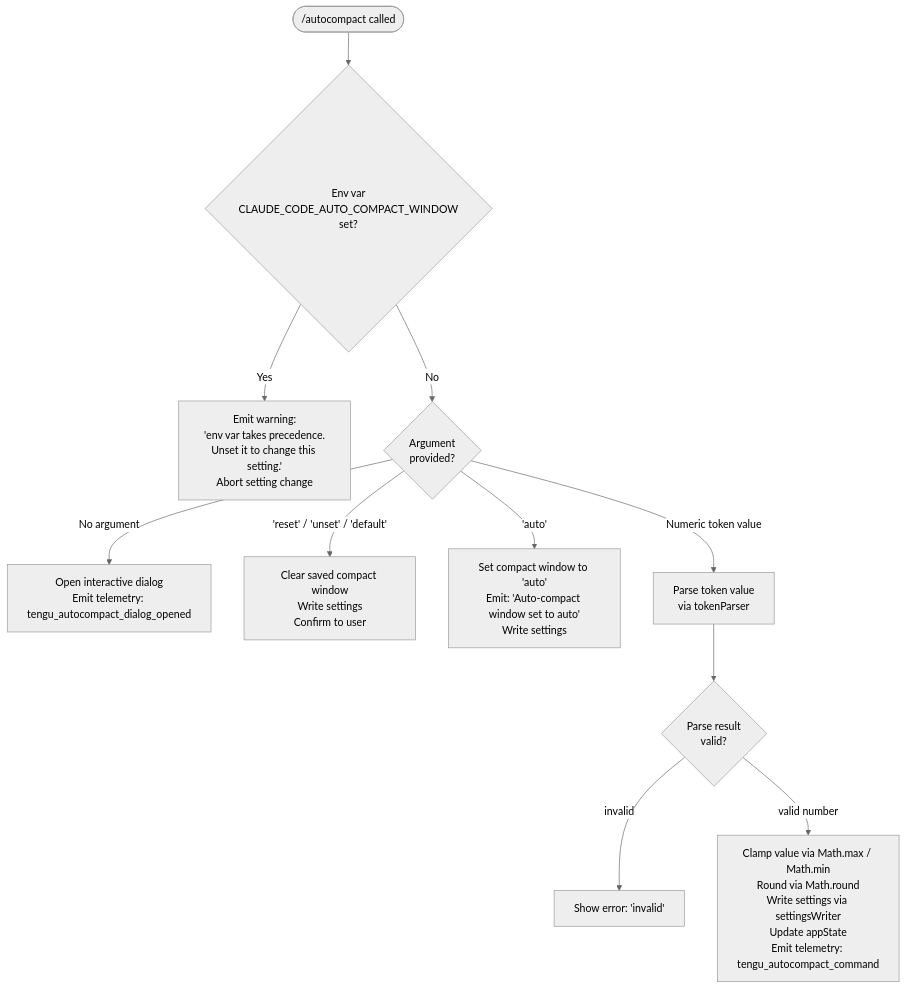
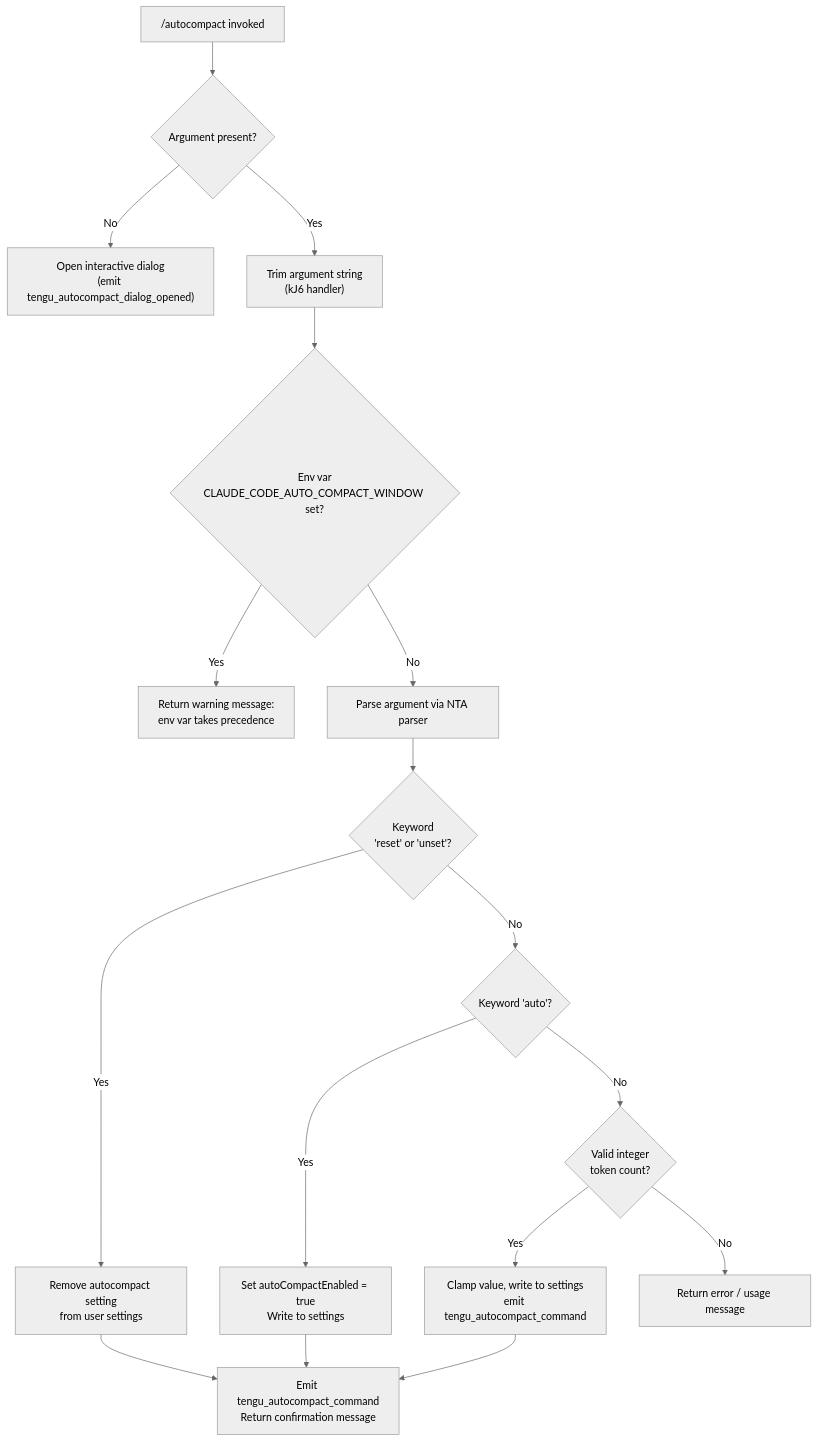
The diagram in versions/v2.1.132/autocompact.md (MyLittleLuckyDog/cc-gnothi), drawn with Mermaid (neutral theme) before and after one commit. The commit also changed other lines of this file and 96 other files, not shown here.

````diff
--- a/versions/v2.1.132/autocompact.md
+++ b/versions/v2.1.132/autocompact.md
@@ -47,13 +55,19 @@
 ```mermaid
 flowchart TD
-    A(["/autocompact called"]) --> B{Env var\nCLAUDE_CODE_AUTO_COMPACT_WINDOW\nset?}
-    B -- Yes --> C[Emit warning:\n'env var takes precedence.\nUnset it to change this setting.'\nAbort setting change]
-    B -- No --> D{Argument\nprovided?}
-    D -- No argument --> E[Open interactive dialog\nEmit telemetry: tengu_autocompact_dialog_opened]
-    D -- 'reset' / 'unset' / 'default' --> F[Clear saved compact window\nWrite settings\nConfirm to user]
-    D -- 'auto' --> G[Set compact window to 'auto'\nEmit: 'Auto-compact window set to auto'\nWrite settings]
-    D -- Numeric token value --> H[Parse token value\nvia tokenParser]
-    H --> I{Parse result\nvalid?}
-    I -- invalid --> J[Show error: 'invalid']
-    I -- valid number --> K[Clamp value via Math.max / Math.min\nRound via Math.round\nWrite settings via settingsWriter\nUpdate appState\nEmit telemetry: tengu_autocompact_command]
+    A["/autocompact invoked"] --> B{Argument present?}
+    B -- No --> C["Open interactive dialog\n(emit tengu_autocompact_dialog_opened)"]
+    B -- Yes --> D["Trim argument string\n(kJ6 handler)"]
+    D --> E{Env var\nCLAUDE_CODE_AUTO_COMPACT_WINDOW set?}
+    E -- Yes --> F["Return warning message:\nenv var takes precedence"]
+    E -- No --> G["Parse argument via NTA parser"]
+    G --> H{Keyword\n'reset' or 'unset'?}
+    H -- Yes --> I["Remove autocompact setting\nfrom user settings"]
+    H -- No --> J{Keyword 'auto'?}
+    J -- Yes --> K["Set autoCompactEnabled = true\nWrite to settings"]
+    J -- No --> L{Valid integer\ntoken count?}
+    L -- Yes --> M["Clamp value, write to settings\nemit tengu_autocompact_command"]
+    L -- No --> N["Return error / usage message"]
+    K --> O["Emit tengu_autocompact_command\nReturn confirmation message"]
+    M --> O
+    I --> O
 ```
````
